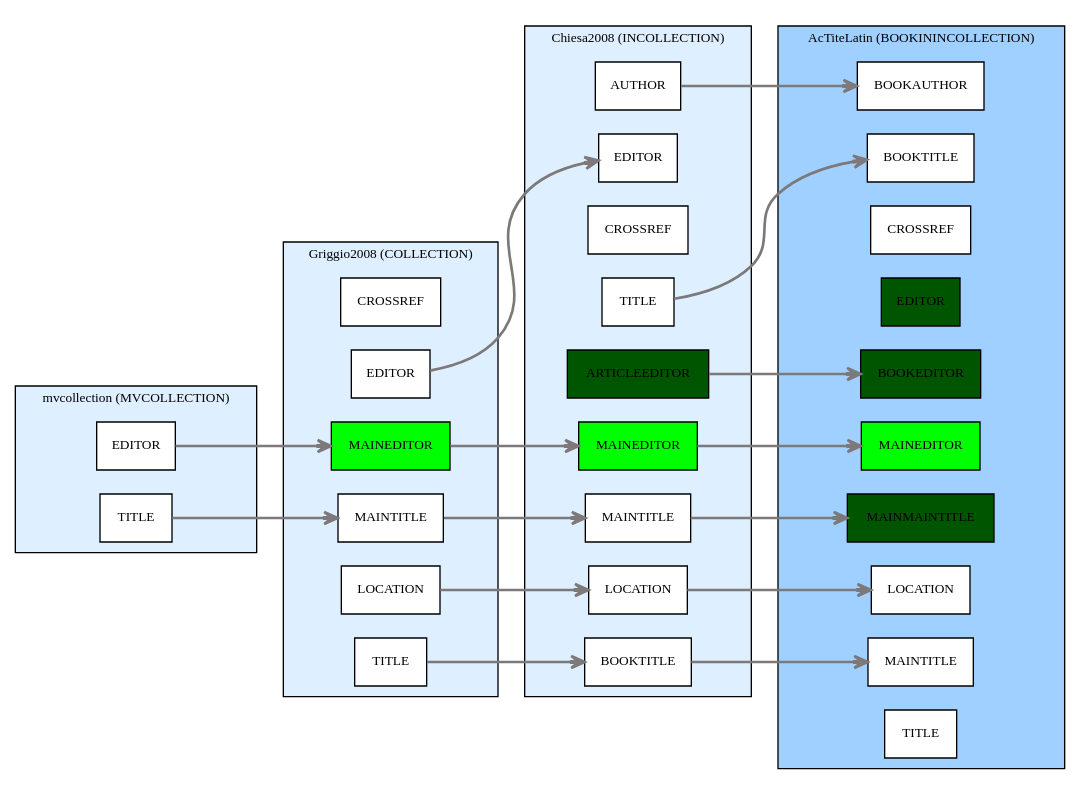
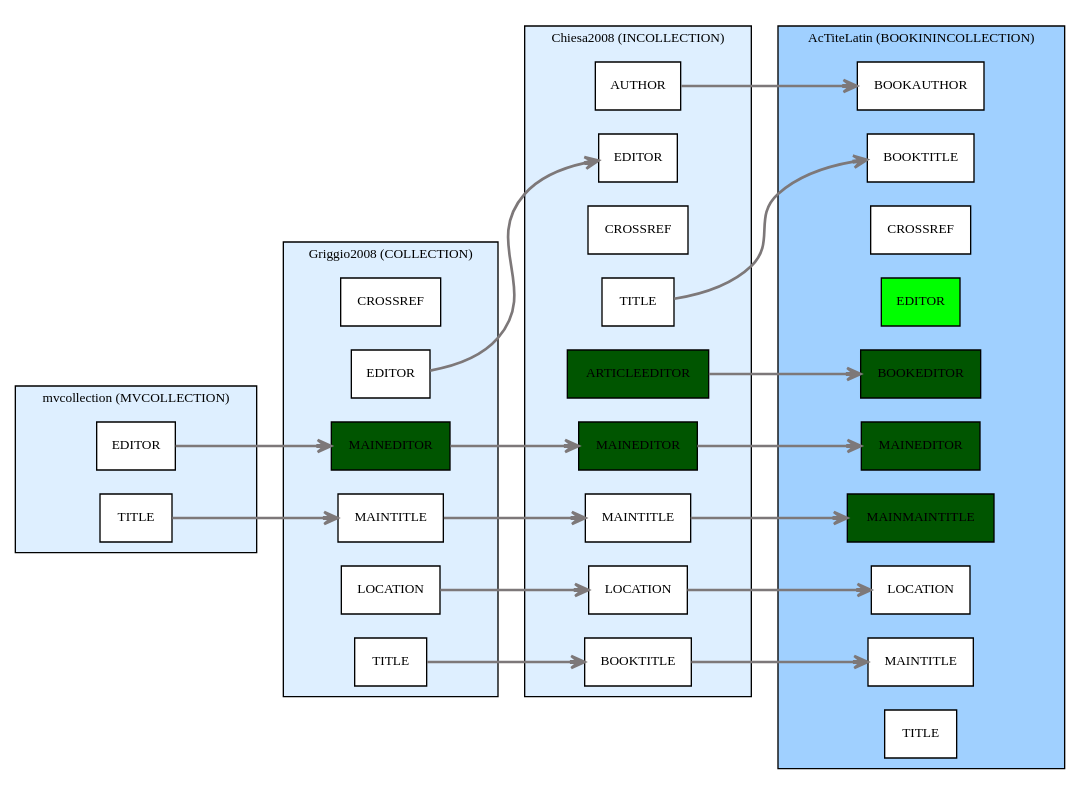
One commit to maieul/biblatex-bookinarticle changed the diagram in collection.dot. Above: the diagram before and after it, drawn with Graphviz.

Commit message:
soyons cohérent sur les couleurs

```diff
--- a/collection.dot
+++ b/collection.dot
@@ -1,87 +1,87 @@
 digraph Biberdata {
   compound = true;
   edge [ arrowhead=open ];
   graph [ style=filled, rankdir=LR ];
   node [
     fontsize=10,
     fillcolor=white,
     style=filled,
     shape=box ];
 
   subgraph "cluster_section0/AcTiteLatin" {
     fontsize="10";
     label="AcTiteLatin (BOOKININCOLLECTION)";
     tooltip="AcTiteLatin (BOOKININCOLLECTION)";
     fillcolor="#a0d0ff";
 
     "section0/AcTiteLatin/bookauthor" [ label="BOOKAUTHOR" ]
     "section0/AcTiteLatin/booktitle" [ label="BOOKTITLE" ]
     "section0/AcTiteLatin/crossref" [ label="CROSSREF" ]
-    "section0/AcTiteLatin/editor" [fillcolor="#005500", label="EDITOR" ]
+    "section0/AcTiteLatin/editor" [fillcolor="#00ff00", label="EDITOR" ]
     "section0/AcTiteLatin/bookeditor" [fillcolor="#005500", label="BOOKEDITOR" ]
-    "section0/AcTiteLatin/maineditor" [fillcolor="#00ff00", label="MAINEDITOR" ]
+    "section0/AcTiteLatin/maineditor" [fillcolor="#005500", label="MAINEDITOR" ]
     "section0/AcTiteLatin/mainmaintitle" [fillcolor="#005500", label="MAINMAINTITLE" ]
     "section0/AcTiteLatin/location" [ label="LOCATION" ]
     "section0/AcTiteLatin/maintitle" [ label="MAINTITLE" ]
     "section0/AcTiteLatin/title" [ label="TITLE" ]
   }
 
   subgraph "cluster_section0/mvcollection" {
     fontsize="10";
     label="mvcollection (MVCOLLECTION)";
     tooltip="mvcollection (MVCOLLECTION)";
     fillcolor="#deefff";
 
     "section0/mvcollection/editor" [ label="EDITOR" ]
     "section0/mvcollection/title" [ label="TITLE" ]
   }
 
   subgraph "cluster_section0/Chiesa2008" {
     fontsize="10";
     label="Chiesa2008 (INCOLLECTION)";
     tooltip="Chiesa2008 (INCOLLECTION)";
     fillcolor="#deefff";
 
     "section0/Chiesa2008/author" [ label="AUTHOR" ]
     "section0/Chiesa2008/booktitle" [ label="BOOKTITLE" ]
     "section0/Chiesa2008/crossref" [ label="CROSSREF" ]
     "section0/Chiesa2008/editor" [ label="EDITOR" ]
     "section0/Chiesa2008/articleeditor" [fillcolor="#005500", label="ARTICLEEDITOR" ]
-    "section0/Chiesa2008/maineditor" [fillcolor="#00ff00", label="MAINEDITOR" ]
+    "section0/Chiesa2008/maineditor" [fillcolor="#005500", label="MAINEDITOR" ]
     "section0/Chiesa2008/location" [ label="LOCATION" ]
     "section0/Chiesa2008/maintitle" [ label="MAINTITLE" ]
     "section0/Chiesa2008/title" [ label="TITLE" ]
   }
 
   subgraph "cluster_section0/Griggio2008" {
     fontsize="10";
     label="Griggio2008 (COLLECTION)";
     tooltip="Griggio2008 (COLLECTION)";
     fillcolor="#deefff";
 
     "section0/Griggio2008/crossref" [ label="CROSSREF" ]
     "section0/Griggio2008/editor" [ label="EDITOR" ]
-    "section0/Griggio2008/maineditor" [fillcolor="#00ff00", label="MAINEDITOR" ]
+    "section0/Griggio2008/maineditor" [fillcolor="#005500", label="MAINEDITOR" ]
     "section0/Griggio2008/location" [ label="LOCATION" ]
     "section0/Griggio2008/maintitle" [ label="MAINTITLE" ]
     "section0/Griggio2008/title" [ label="TITLE" ]
   }
 
 
 
   "section0/mvcollection/title" -> "section0/Griggio2008/maintitle" [ penwidth="2.0", color="#7d7879", tooltip="Griggio2008/MAINTITLE inherited via CROSSREF from mvcollection/TITLE" ]
   "section0/mvcollection/editor" -> "section0/Griggio2008/maineditor" [ penwidth="2.0", color="#7d7879", tooltip="Griggio2008/MAINEDITOR inherited via CROSSREF from mvcollection/EDITOR" ]
   "section0/Chiesa2008/booktitle" -> "section0/AcTiteLatin/maintitle" [ penwidth="2.0", color="#7d7879", tooltip="AcTiteLatin/MAINTITLE inherited via CROSSREF from Chiesa2008/BOOKTITLE" ]
   "section0/Chiesa2008/maineditor" -> "section0/AcTiteLatin/maineditor" [ penwidth="2.0", color="#7d7879", tooltip="AcTiteLatin/MAINEDITOR inherited via CROSSREF from Chiesa2008/MAINEDITOR" ]
   "section0/Chiesa2008/articleeditor" -> "section0/AcTiteLatin/bookeditor" [ penwidth="2.0", color="#7d7879", tooltip="AcTiteLatin/BOOKEDITOR inherited via CROSSREF from Chiesa2008/ARTICLEEDITOR" ]
   "section0/Chiesa2008/author" -> "section0/AcTiteLatin/bookauthor" [ penwidth="2.0", color="#7d7879", tooltip="AcTiteLatin/BOOKAUTHOR inherited via CROSSREF from Chiesa2008/AUTHOR" ]
   "section0/Chiesa2008/location" -> "section0/AcTiteLatin/location" [ penwidth="2.0", color="#7d7879", tooltip="AcTiteLatin/LOCATION inherited via CROSSREF from Chiesa2008/LOCATION" ]
   "section0/Chiesa2008/maintitle" -> "section0/AcTiteLatin/mainmaintitle" [ penwidth="2.0", color="#7d7879", tooltip="AcTiteLatin/MAINMAINTITLE inherited via CROSSREF from Chiesa2008/MAINTITLE" ]
   "section0/Chiesa2008/title" -> "section0/AcTiteLatin/booktitle" [ penwidth="2.0", color="#7d7879", tooltip="AcTiteLatin/BOOKTITLE inherited via CROSSREF from Chiesa2008/TITLE" ]
   "section0/Griggio2008/editor" -> "section0/Chiesa2008/editor" [ penwidth="2.0", color="#7d7879", tooltip="Chiesa2008/EDITOR inherited via CROSSREF from Griggio2008/EDITOR" ]
   "section0/Griggio2008/maineditor" -> "section0/Chiesa2008/maineditor" [ penwidth="2.0", color="#7d7879", tooltip="Chiesa2008/MAINEDITOR inherited via CROSSREF from Griggio2008/MAINEDITOR" ]
   "section0/Griggio2008/title" -> "section0/Chiesa2008/booktitle" [ penwidth="2.0", color="#7d7879", tooltip="Chiesa2008/BOOKTITLE inherited via CROSSREF from Griggio2008/TITLE" ]
   "section0/Griggio2008/location" -> "section0/Chiesa2008/location" [ penwidth="2.0", color="#7d7879", tooltip="Chiesa2008/LOCATION inherited via CROSSREF from Griggio2008/LOCATION" ]
   "section0/Griggio2008/maintitle" -> "section0/Chiesa2008/maintitle" [ penwidth="2.0", color="#7d7879", tooltip="Chiesa2008/MAINTITLE inherited via CROSSREF from Griggio2008/MAINTITLE" ]
 
 }
```
